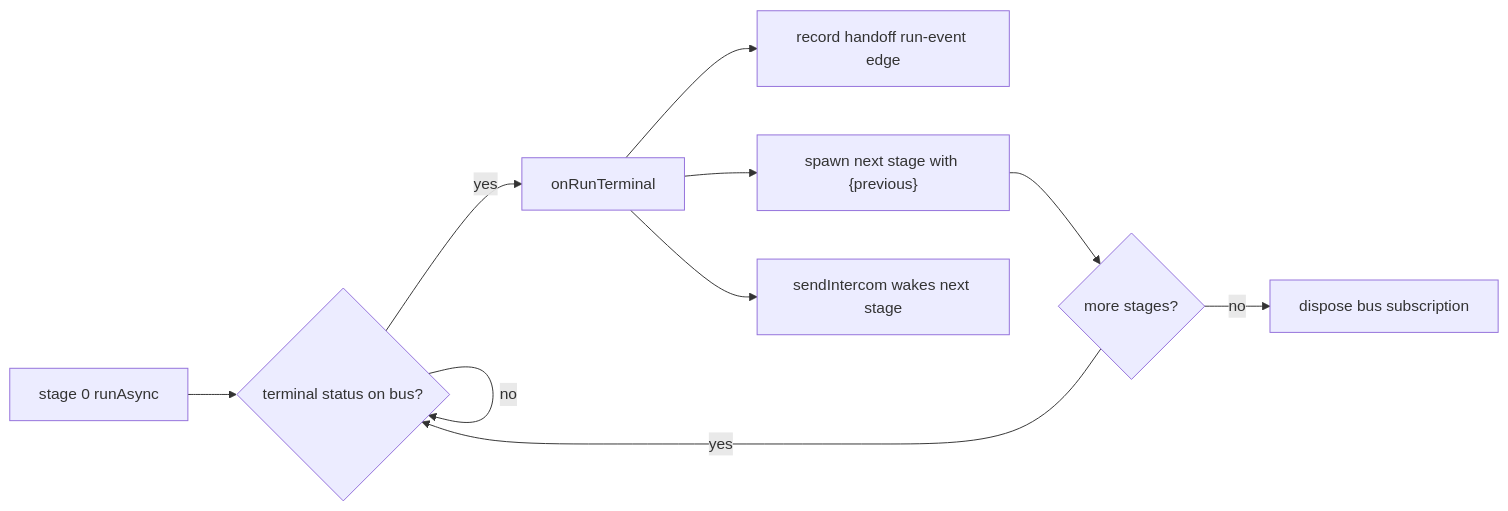
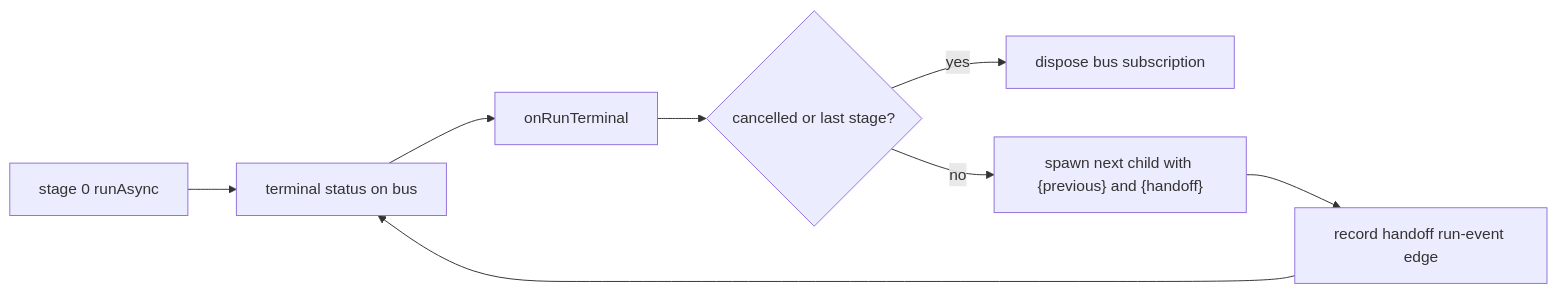
Before and after one commit to guru-irl/spider: the fifth of 5 diagrams in docs/architecture/feedback-and-learning-loops.md, drawn with Mermaid. The commit also changed other lines of this file and 13 other files, not shown here.

````diff
--- a/docs/architecture/feedback-and-learning-loops.md
+++ b/docs/architecture/feedback-and-learning-loops.md
@@ -502,12 +508,10 @@
 ```mermaid
 flowchart LR
-  S0["stage 0 runAsync"] --> B{"terminal status on bus?"}
-  B -->|no| B
-  B -->|yes| ON["onRunTerminal"]
-  ON --> HE["record handoff run-event edge"]
-  ON --> S1["spawn next stage with {previous}"]
-  ON --> IC["sendIntercom wakes next stage"]
-  S1 --> B2{"more stages?"}
-  B2 -->|yes| B
-  B2 -->|no| D["dispose bus subscription"]
+  S0["stage 0 runAsync"] --> B["terminal status on bus"]
+  B --> ON["onRunTerminal"]
+  ON --> END{"cancelled or last stage?"}
+  END -->|yes| D["dispose bus subscription"]
+  END -->|no| S1["spawn next child with {previous} and {handoff}"]
+  S1 --> HE["record handoff run-event edge"]
+  HE --> B
 ```
````
